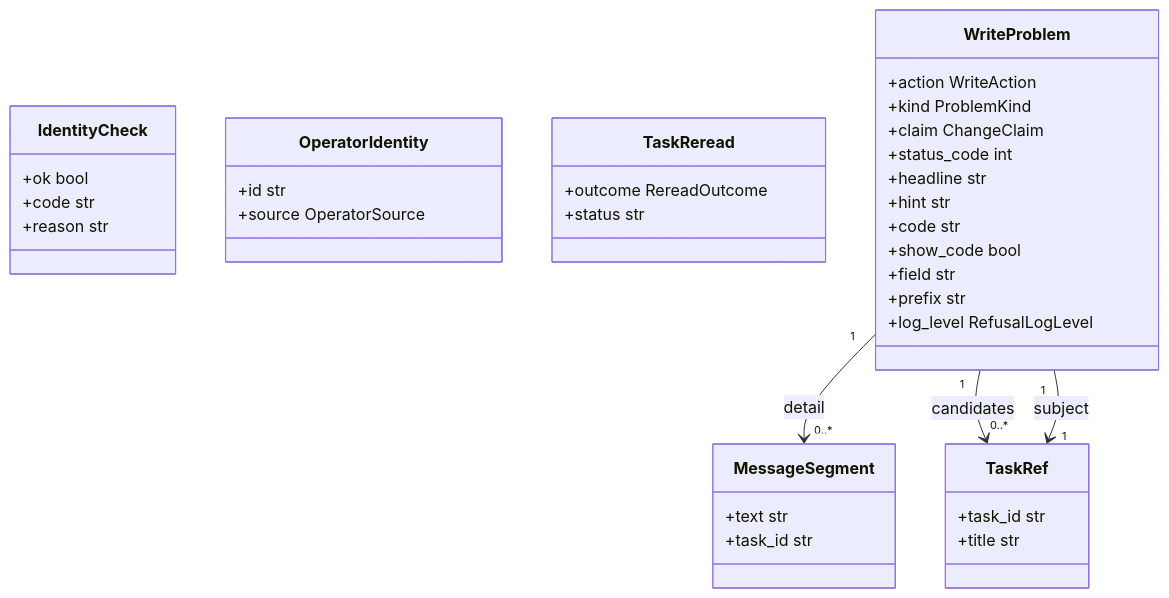
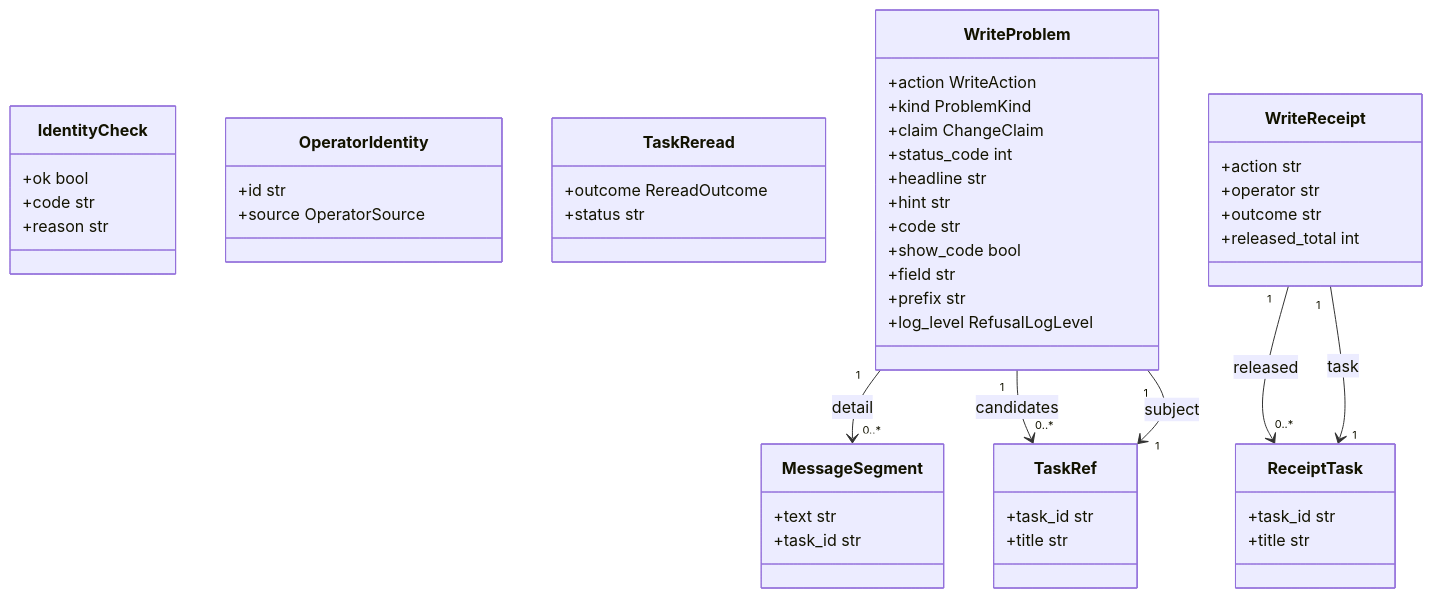
Before and after one commit to agent-lore/lithos-lens: the seventh of 7 diagrams in docs/generated/domain_model.md, drawn with Mermaid. The commit also changed 36 other files, not shown here.

First line of the commit message:
T3-W4: Complete a gate — the write funnel, receipts, and the direct Complete action for hu (#110)

````diff
--- a/docs/generated/domain_model.md
+++ b/docs/generated/domain_model.md
@@ -722,40 +722,52 @@
 ```mermaid
 classDiagram
   class IdentityCheck {
     +ok bool
     +code str
     +reason str
   }
   class MessageSegment {
     +text str
     +task_id str
   }
   class OperatorIdentity {
     +id str
     +source OperatorSource
+  }
+  class ReceiptTask {
+    +task_id str
+    +title str
   }
   class TaskRef {
     +task_id str
     +title str
   }
   class TaskReread {
     +outcome RereadOutcome
     +status str
   }
   class WriteProblem {
     +action WriteAction
     +kind ProblemKind
     +claim ChangeClaim
     +status_code int
     +headline str
     +hint str
     +code str
     +show_code bool
     +field str
     +prefix str
     +log_level RefusalLogLevel
   }
+  class WriteReceipt {
+    +action str
+    +operator str
+    +outcome str
+    +released_total int
+  }
   WriteProblem "1" --> "0..*" MessageSegment : detail
   WriteProblem "1" --> "0..*" TaskRef : candidates
   WriteProblem "1" --> "1" TaskRef : subject
+  WriteReceipt "1" --> "0..*" ReceiptTask : released
+  WriteReceipt "1" --> "1" ReceiptTask : task
 ```
````
